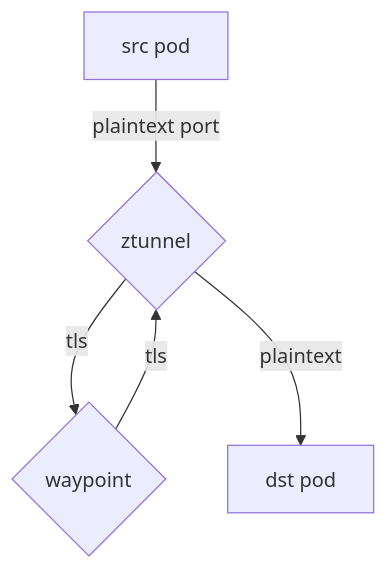
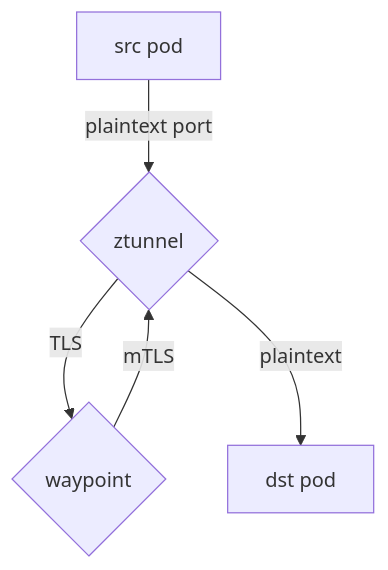
One commit to istio/istio changed the first of 2 diagrams in architecture/ambient/peer-authentication.md. Above: the diagram before and after it, drawn with Mermaid. The commit also changed other lines of this file, not shown here.

````diff
--- a/architecture/ambient/peer-authentication.md
+++ b/architecture/ambient/peer-authentication.md
@@ -52,7 +52,7 @@
 ```mermaid
 graph TD;
 src[src pod]-->|plaintext port|ztunnel{"ztunnel (L4 policy applied here)"}
-ztunnel{ztunnel}-->|tls|wp{waypoint}
-wp-->|tls|ztunnel
+ztunnel{ztunnel}-->|TLS|wp{waypoint}
+wp-->|mTLS|ztunnel
 ztunnel-->|plaintext|dst[dst pod]
 ```
````
